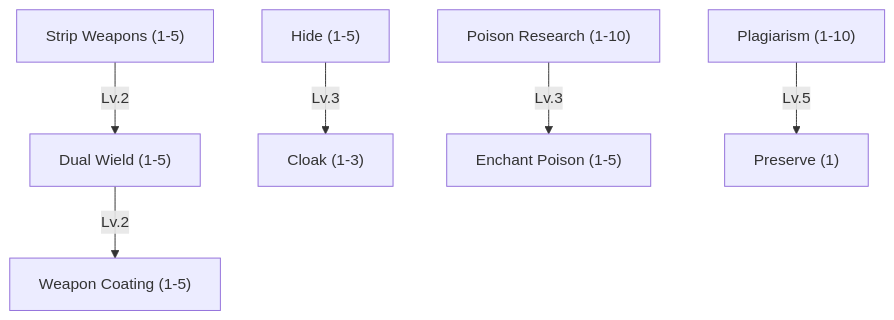
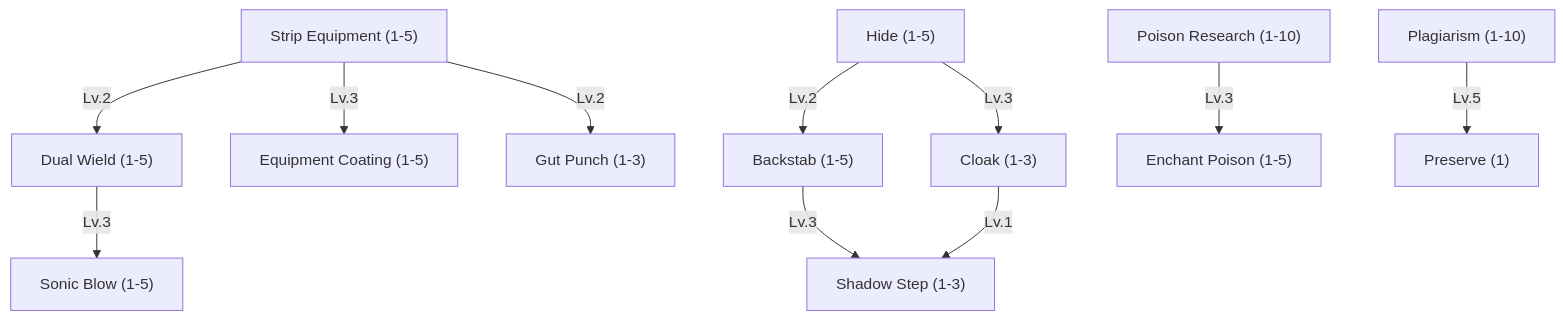
One commit to tfelix/bestia-docs changed diagram 16 of 17 in content/docs/mechanics/master.md. Above: the diagram before and after it, drawn with Mermaid. The commit also changed other lines of this file and 2 other files, not shown here.

````diff
--- a/content/docs/mechanics/master.md
+++ b/content/docs/mechanics/master.md
@@ -2475,21 +2475,30 @@
 ```mermaid
 graph TD
-    StripWeapons["Strip Weapons (1-5)"]
+    StripEquipment["Strip Equipment (1-5)"]
     DualWield["Dual Wield (1-5)"]
-    WeaponCoating["Weapon Coating (1-5)"]
+    EquipmentCoating["Equipment Coating (1-5)"]
+    GutPunch["Gut Punch (1-3)"]
+    SonicBlow["Sonic Blow (1-5)"]
 
     Hide["Hide (1-5)"]
     Cloak["Cloak (1-3)"]
+    Backstab["Backstab (1-5)"]
+    ShadowStep["Shadow Step (1-3)"]
 
     PoisonResearch["Poison Research (1-10)"]
     EnchantPoison["Enchant Poison (1-5)"]
 
     Plagiarism["Plagiarism (1-10)"]
     Preserve["Preserve (1)"]
 
-    StripWeapons -->|Lv.2| DualWield
-    DualWield -->|Lv.2| WeaponCoating
+    StripEquipment -->|Lv.2| DualWield
+    StripEquipment -->|Lv.3| EquipmentCoating
+    StripEquipment -->|Lv.2| GutPunch
+    DualWield -->|Lv.3| SonicBlow
     Hide -->|Lv.3| Cloak
+    Hide -->|Lv.2| Backstab
+    Backstab -->|Lv.3| ShadowStep
+    Cloak -->|Lv.1| ShadowStep
     PoisonResearch -->|Lv.3| EnchantPoison
     Plagiarism -->|Lv.5| Preserve
 ```
````
